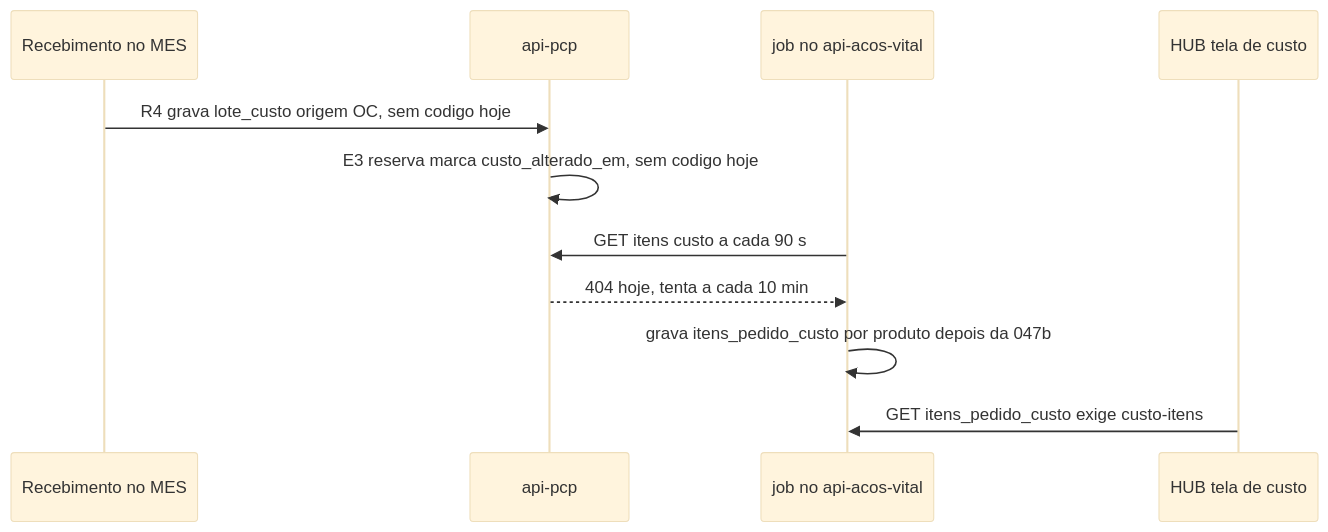
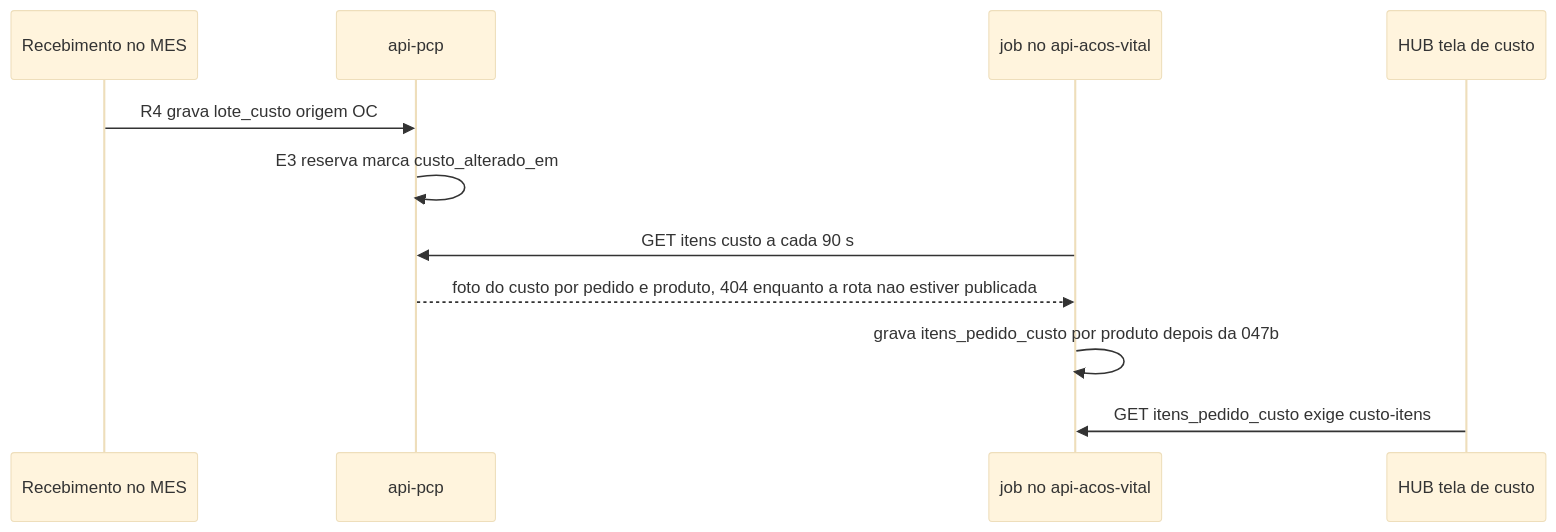
One commit to Acosvital/vault-avhub-mer changed the sixth of 7 diagrams in 05-Integracoes/Integracao-AvHub-MES.md. Above: the diagram before and after it, drawn with Mermaid (base theme). The commit also changed other lines of this file and 125 other files, not shown here.

````diff
--- a/05-Integracoes/Integracao-AvHub-MES.md
+++ b/05-Integracoes/Integracao-AvHub-MES.md
@@ -261,13 +264,13 @@
 ```mermaid
 sequenceDiagram
     participant REC as Recebimento no MES
     participant MES as api-pcp
     participant JOB as job no api-acos-vital
     participant HUB as HUB tela de custo
-    REC->>MES: R4 grava lote_custo origem OC, sem codigo hoje
-    MES->>MES: E3 reserva marca custo_alterado_em, sem codigo hoje
+    REC->>MES: R4 grava lote_custo origem OC
+    MES->>MES: E3 reserva marca custo_alterado_em
     JOB->>MES: GET itens custo a cada 90 s
-    MES-->>JOB: 404 hoje, tenta a cada 10 min
+    MES-->>JOB: foto do custo por pedido e produto, 404 enquanto a rota nao estiver publicada
     JOB->>JOB: grava itens_pedido_custo por produto depois da 047b
     HUB->>JOB: GET itens_pedido_custo exige custo-itens
 ```
````
